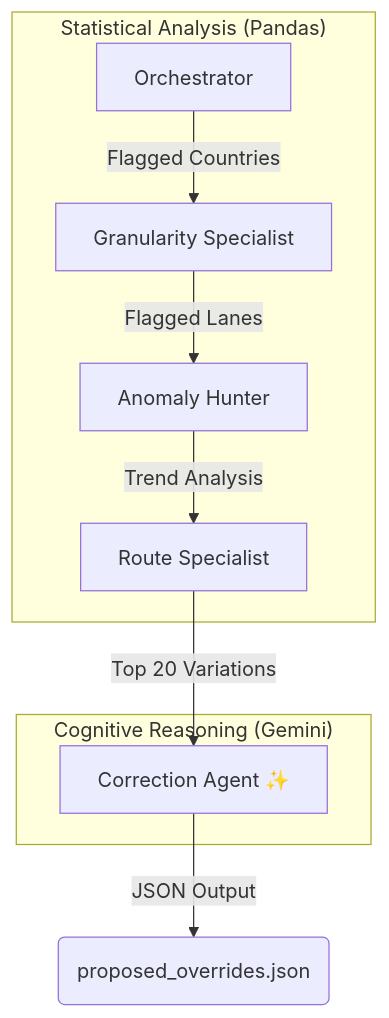
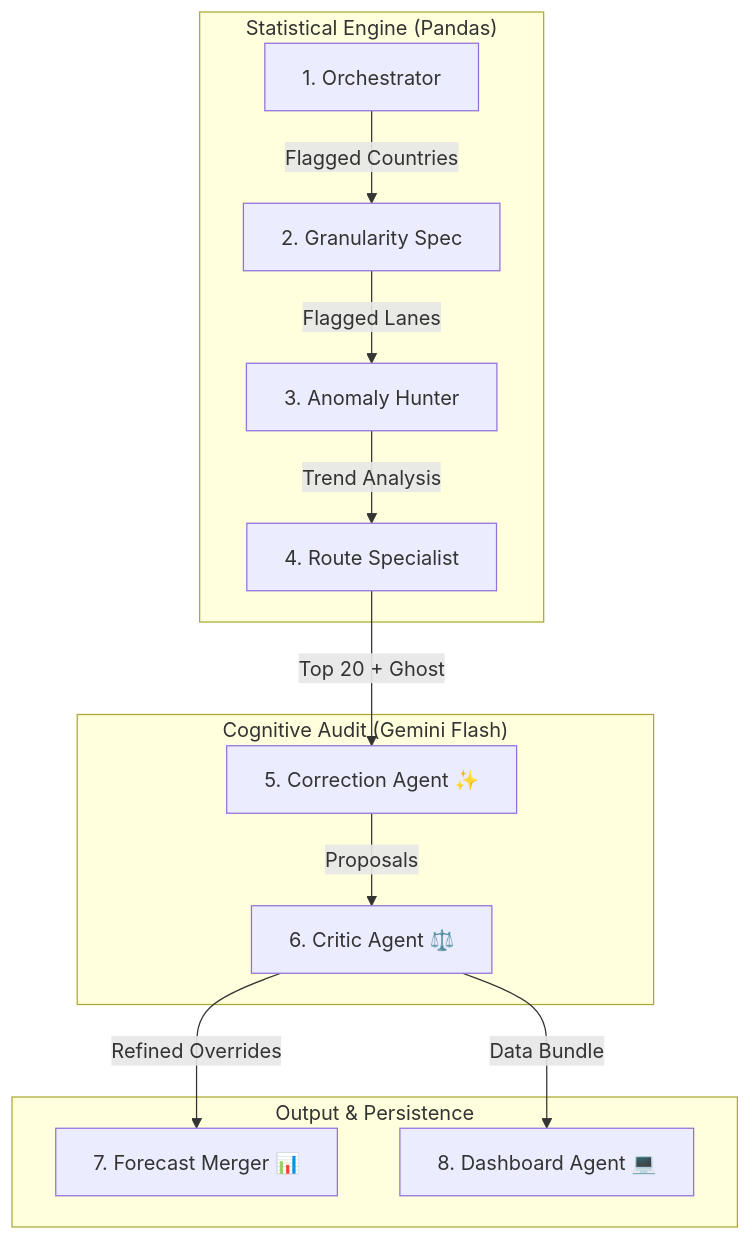
The diagram in README.md (manumezog/forecasting-transportation-swarm), drawn with Mermaid before and after one commit. The commit also changed other lines of this file and 1 other file, not shown here.

````diff
--- a/README.md
+++ b/README.md
@@ -15,19 +15,27 @@
 ```mermaid
 graph TD
-    A[Orchestrator] -->|Flagged Countries| B[Granularity Specialist]
-    B -->|Flagged Lanes| C[Anomaly Hunter]
-    C -->|Trend Analysis| D[Route Specialist]
-    D -->|Top 20 Variations| E[Correction Agent ✨]
-    E -->|JSON Output| F(proposed_overrides.json)
-
-    subgraph "Statistical Analysis (Pandas)"
+    A[1. Orchestrator] -->|Flagged Countries| B[2. Granularity Spec]
+    B -->|Flagged Lanes| C[3. Anomaly Hunter]
+    C -->|Trend Analysis| D[4. Route Specialist]
+    D -->|Top 20 + Ghost| E[5. Correction Agent ✨]
+    E -->|Proposals| F[6. Critic Agent ⚖️]
+    F -->|Refined Overrides| G[7. Forecast Merger 📊]
+    F -->|Data Bundle| H[8. Dashboard Agent 💻]
+    
+    subgraph "Statistical Engine (Pandas)"
     A
     B
     C
     D
     end
 
-    subgraph "Cognitive Reasoning (Gemini)"
+    subgraph "Cognitive Audit (Gemini Flash)"
     E
+    F
+    end
+
+    subgraph "Output & Persistence"
+    G
+    H
     end
 ```
````
